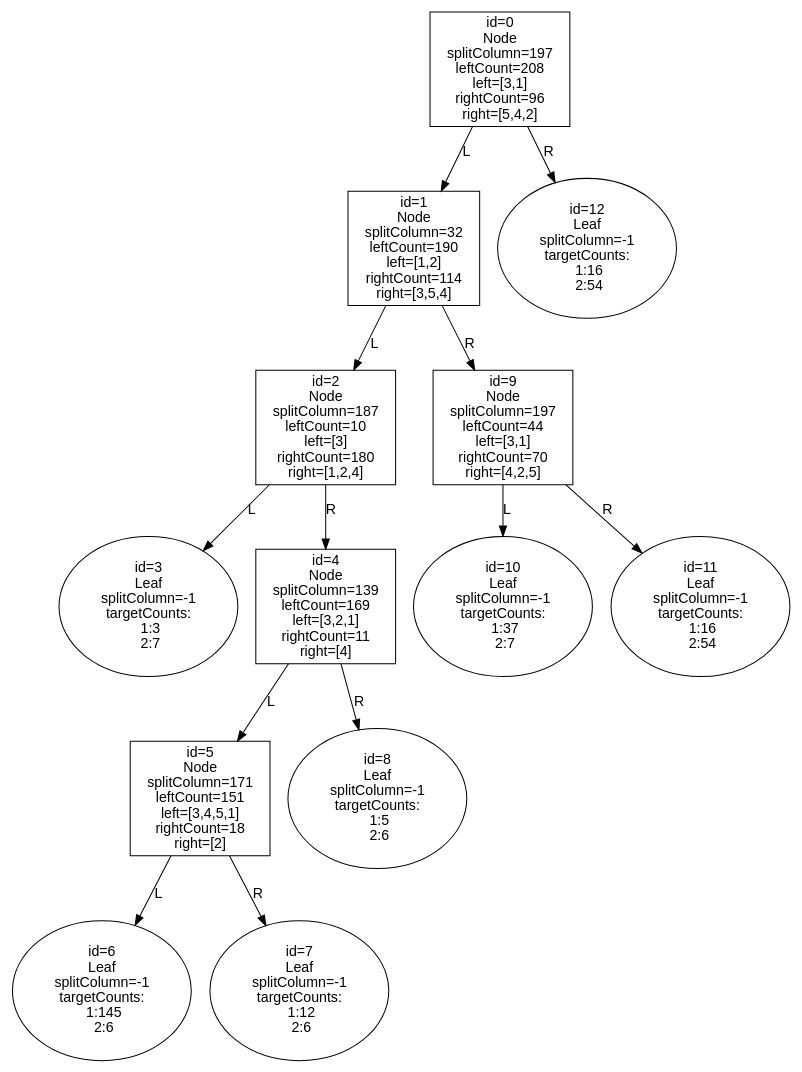
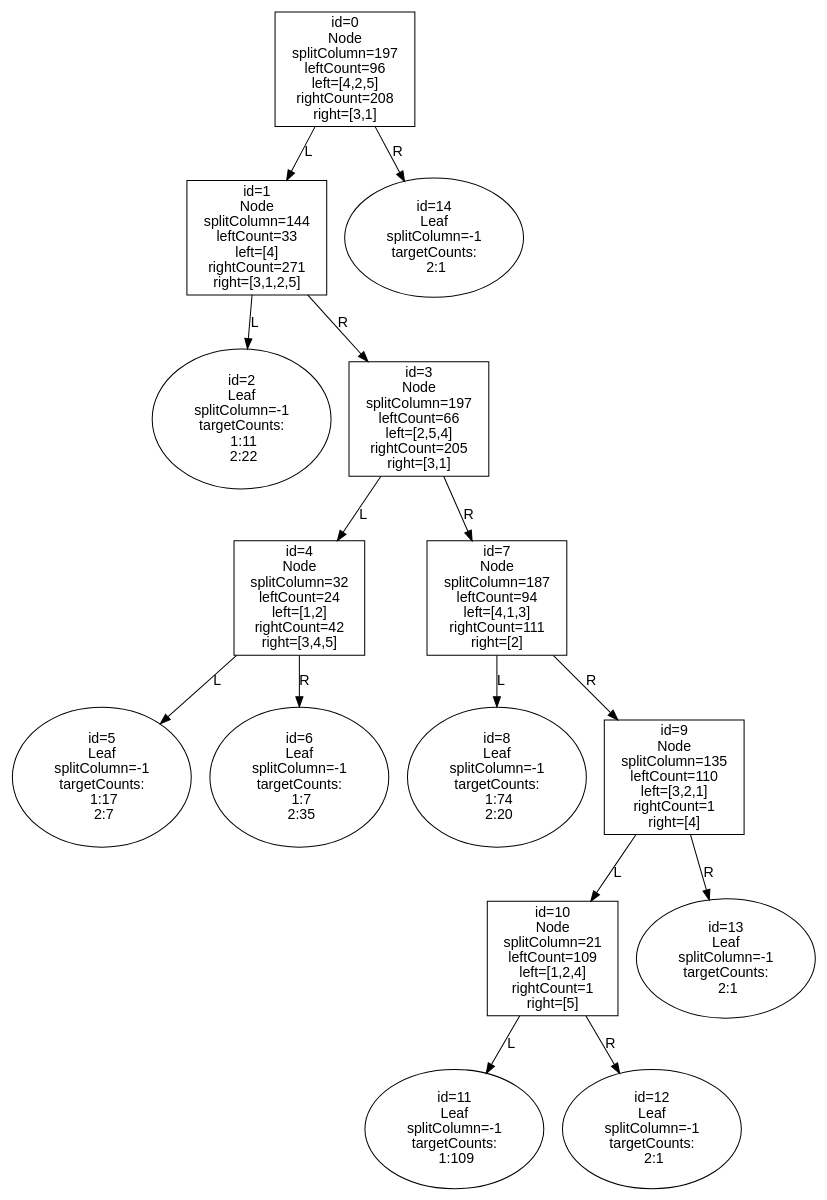
The diagram in modelbuilder_tree.dot (nathanjrussell/ModelBuilder), drawn with Graphviz before and after one commit. The commit also changed 19 other files, not shown here.

```diff
--- a/modelbuilder_tree.dot
+++ b/modelbuilder_tree.dot
@@ -1,30 +1,34 @@
 digraph LeftTree {
   rankdir=TB;
   node [shape=box, fontname="Helvetica"];
   edge [fontname="Helvetica"];
-  n0 [shape=box, label="id=0\nNode\nsplitColumn=197\nleftCount=208\nleft=[3,1]\nrightCount=96\nright=[5,4,2]"];
-  n1 [shape=box, label="id=1\nNode\nsplitColumn=32\nleftCount=190\nleft=[1,2]\nrightCount=114\nright=[3,5,4]"];
-  n2 [shape=box, label="id=2\nNode\nsplitColumn=187\nleftCount=10\nleft=[3]\nrightCount=180\nright=[1,2,4]"];
-  n3 [shape=ellipse, label="id=3\nLeaf\nsplitColumn=-1\ntargetCounts:\n  1:3\n  2:7"];
-  n4 [shape=box, label="id=4\nNode\nsplitColumn=139\nleftCount=169\nleft=[3,2,1]\nrightCount=11\nright=[4]"];
-  n5 [shape=box, label="id=5\nNode\nsplitColumn=171\nleftCount=151\nleft=[3,4,5,1]\nrightCount=18\nright=[2]"];
-  n6 [shape=ellipse, label="id=6\nLeaf\nsplitColumn=-1\ntargetCounts:\n  1:145\n  2:6"];
-  n7 [shape=ellipse, label="id=7\nLeaf\nsplitColumn=-1\ntargetCounts:\n  1:12\n  2:6"];
-  n8 [shape=ellipse, label="id=8\nLeaf\nsplitColumn=-1\ntargetCounts:\n  1:5\n  2:6"];
-  n9 [shape=box, label="id=9\nNode\nsplitColumn=197\nleftCount=44\nleft=[3,1]\nrightCount=70\nright=[4,2,5]"];
-  n10 [shape=ellipse, label="id=10\nLeaf\nsplitColumn=-1\ntargetCounts:\n  1:37\n  2:7"];
-  n11 [shape=ellipse, label="id=11\nLeaf\nsplitColumn=-1\ntargetCounts:\n  1:16\n  2:54"];
-  n12 [shape=ellipse, label="id=12\nLeaf\nsplitColumn=-1\ntargetCounts:\n  1:16\n  2:54"];
+  n0 [shape=box, label="id=0\nNode\nsplitColumn=197\nleftCount=96\nleft=[4,2,5]\nrightCount=208\nright=[3,1]"];
+  n1 [shape=box, label="id=1\nNode\nsplitColumn=144\nleftCount=33\nleft=[4]\nrightCount=271\nright=[3,1,2,5]"];
+  n2 [shape=ellipse, label="id=2\nLeaf\nsplitColumn=-1\ntargetCounts:\n  1:11\n  2:22"];
+  n3 [shape=box, label="id=3\nNode\nsplitColumn=197\nleftCount=66\nleft=[2,5,4]\nrightCount=205\nright=[3,1]"];
+  n4 [shape=box, label="id=4\nNode\nsplitColumn=32\nleftCount=24\nleft=[1,2]\nrightCount=42\nright=[3,4,5]"];
+  n5 [shape=ellipse, label="id=5\nLeaf\nsplitColumn=-1\ntargetCounts:\n  1:17\n  2:7"];
+  n6 [shape=ellipse, label="id=6\nLeaf\nsplitColumn=-1\ntargetCounts:\n  1:7\n  2:35"];
+  n7 [shape=box, label="id=7\nNode\nsplitColumn=187\nleftCount=94\nleft=[4,1,3]\nrightCount=111\nright=[2]"];
+  n8 [shape=ellipse, label="id=8\nLeaf\nsplitColumn=-1\ntargetCounts:\n  1:74\n  2:20"];
+  n9 [shape=box, label="id=9\nNode\nsplitColumn=135\nleftCount=110\nleft=[3,2,1]\nrightCount=1\nright=[4]"];
+  n10 [shape=box, label="id=10\nNode\nsplitColumn=21\nleftCount=109\nleft=[1,2,4]\nrightCount=1\nright=[5]"];
+  n11 [shape=ellipse, label="id=11\nLeaf\nsplitColumn=-1\ntargetCounts:\n  1:109"];
+  n12 [shape=ellipse, label="id=12\nLeaf\nsplitColumn=-1\ntargetCounts:\n  2:1"];
+  n13 [shape=ellipse, label="id=13\nLeaf\nsplitColumn=-1\ntargetCounts:\n  2:1"];
+  n14 [shape=ellipse, label="id=14\nLeaf\nsplitColumn=-1\ntargetCounts:\n  2:1"];
   n0 -> n1 [label="L"];
-  n0 -> n12 [label="R"];
+  n0 -> n14 [label="R"];
   n1 -> n2 [label="L"];
-  n1 -> n9 [label="R"];
-  n2 -> n3 [label="L"];
-  n2 -> n4 [label="R"];
+  n1 -> n3 [label="R"];
+  n3 -> n4 [label="L"];
+  n3 -> n7 [label="R"];
   n4 -> n5 [label="L"];
-  n4 -> n8 [label="R"];
-  n5 -> n6 [label="L"];
-  n5 -> n7 [label="R"];
+  n4 -> n6 [label="R"];
+  n7 -> n8 [label="L"];
+  n7 -> n9 [label="R"];
   n9 -> n10 [label="L"];
-  n9 -> n11 [label="R"];
+  n9 -> n13 [label="R"];
+  n10 -> n11 [label="L"];
+  n10 -> n12 [label="R"];
 }
```
